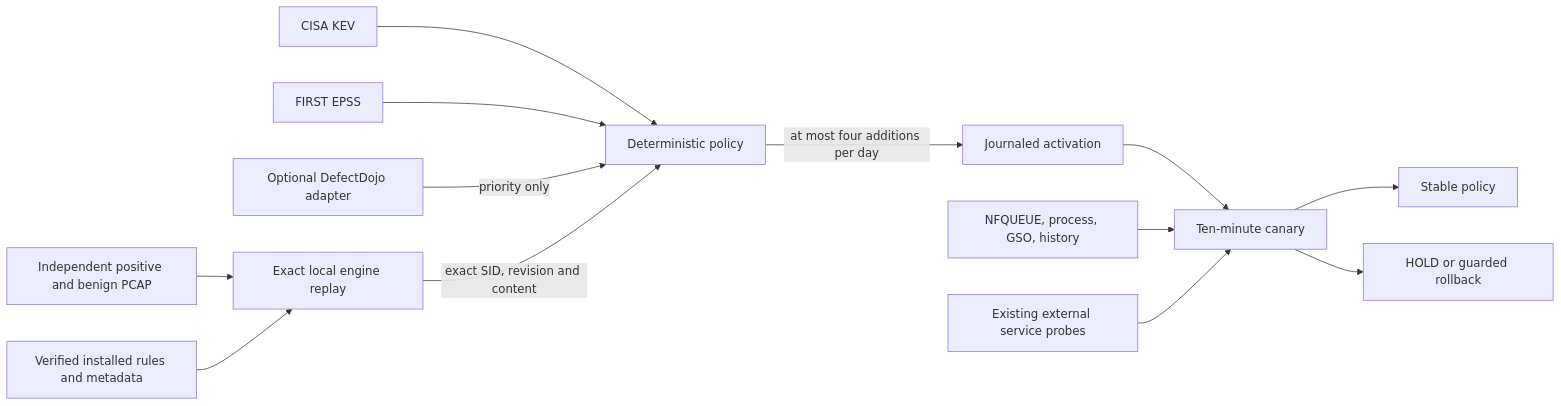
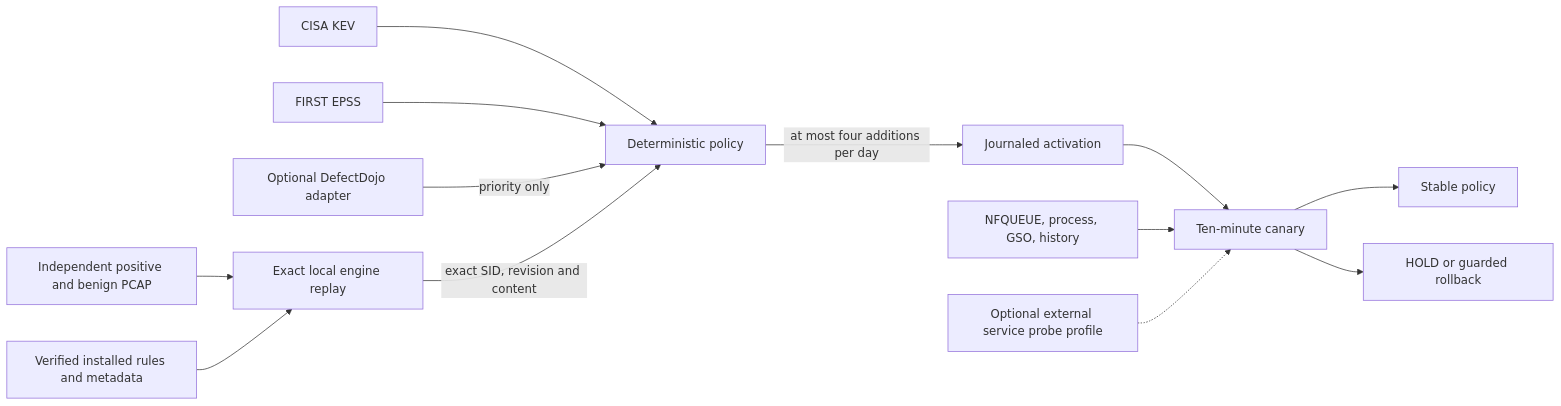
The diagram in docs/automatic-exploit-policy.md (wd-ppisz/cs-public0), drawn with Mermaid before and after one commit. The commit also changed other lines of this file and 4 other files, not shown here.

````diff
--- a/docs/automatic-exploit-policy.md
+++ b/docs/automatic-exploit-policy.md
@@ -12,15 +12,15 @@
 ```mermaid
 flowchart LR
   KEV[CISA KEV] --> D[Deterministic policy]
   EPSS[FIRST EPSS] --> D
   Dojo[Optional DefectDojo adapter] -->|priority only| D
   P[Independent positive and benign PCAP] --> R[Exact local engine replay]
   Rules[Verified installed rules and metadata] --> R
   R -->|exact SID, revision and content| D
   D -->|at most four additions per day| A[Journaled activation]
   A --> C[Ten-minute canary]
   M[NFQUEUE, process, GSO, history] --> C
-  S[Existing external service probes] --> C
+  S[Optional external service probe profile] -.-> C
   C --> Stable[Stable policy]
   C --> Hold[HOLD or guarded rollback]
 ```
````
